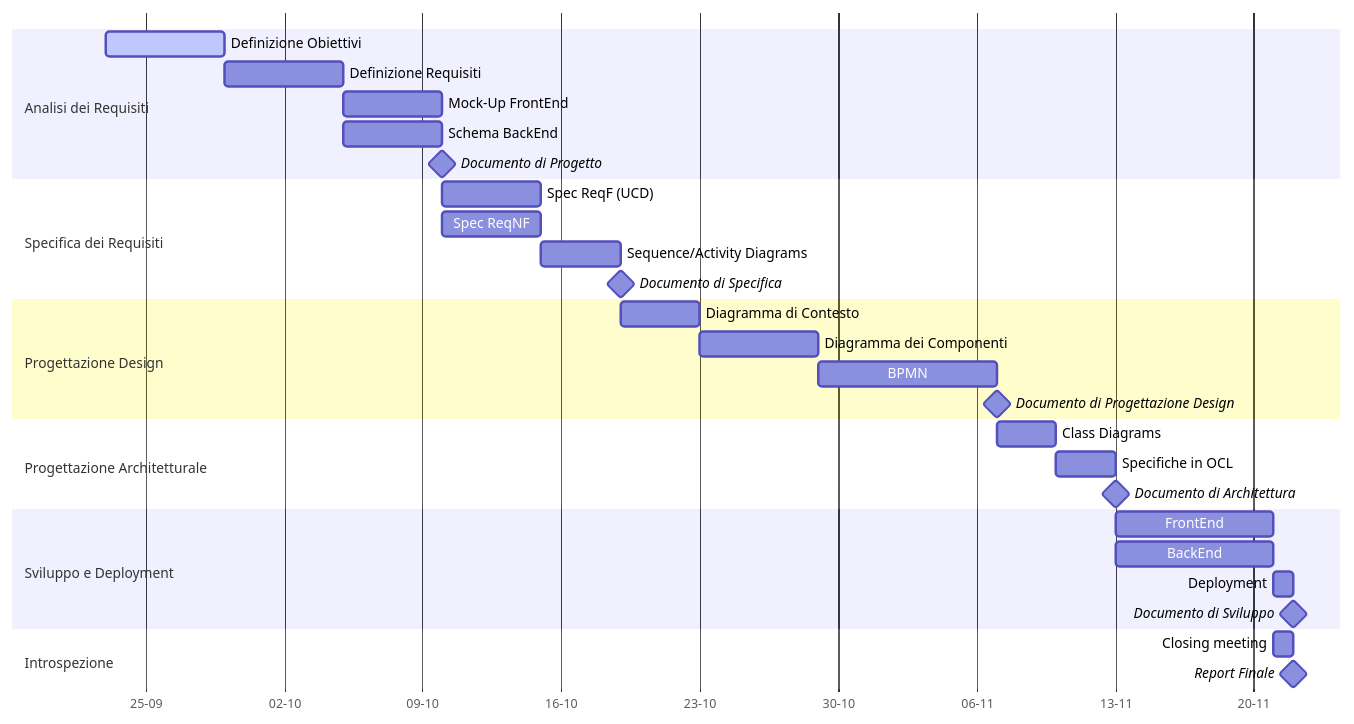
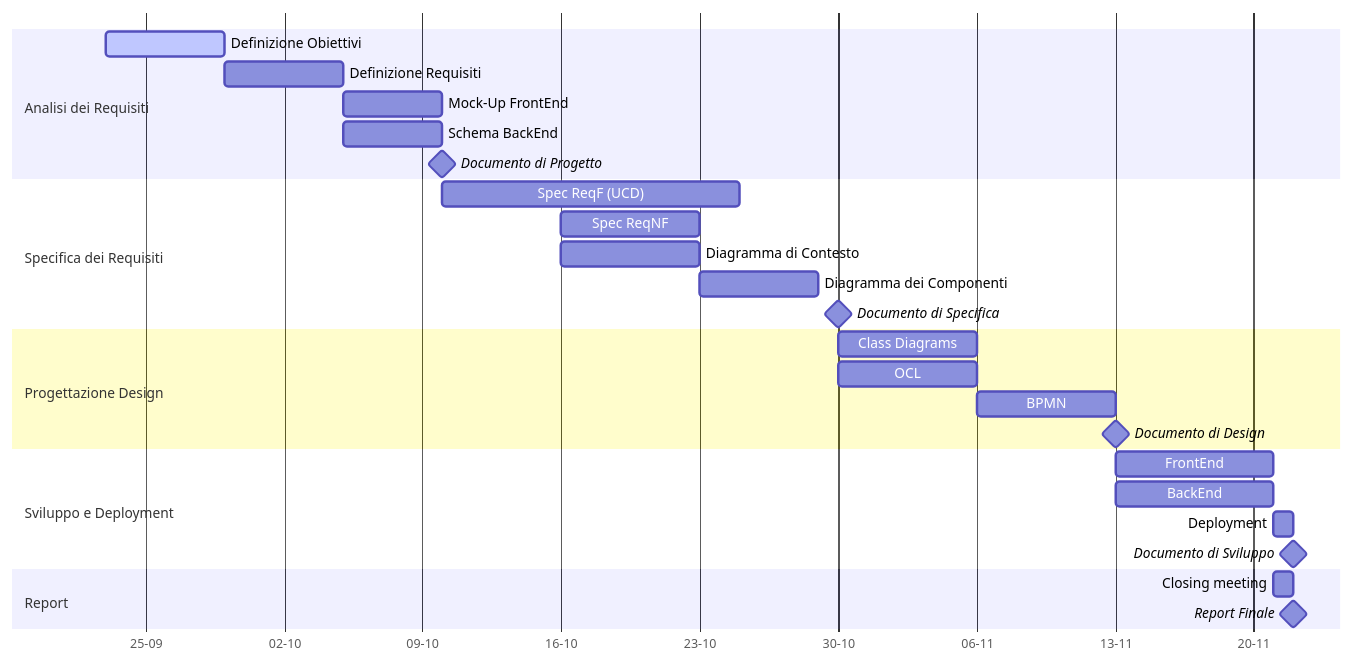
Before and after one commit to amanfucci/ardeeno-workondeliverables: the diagram in pm/2-Project-Plan.md, drawn with Mermaid. The commit also changed other lines of this file and 10 other files, not shown here.

Commit message:
gantt e agenda

````diff
--- a/pm/2-Project-Plan.md
+++ b/pm/2-Project-Plan.md
@@ -5,40 +5,36 @@
 ```mermaid
 gantt
     dateFormat DD-MM
     axisFormat %d-%m
 
     section Analisi dei Requisiti
     Definizione Obiettivi :active, a0, 23-09, 29-09
     Definizione Requisiti :a1, after a0, 05-10
     Mock-Up FrontEnd :a2, after a1, 10-10 
     Schema BackEnd :a3, after a1, 10-10
     Documento di Progetto :milestone, am, 10-10, 0d
     
     section Specifica dei Requisiti
-    Spec ReqF (UCD) :s0, after am, 5d
-    Spec ReqNF :s1, after am, 5d
-    Sequence/Activity Diagrams :s2, after s0, 19-10
-    Documento di Specifica :milestone, sm, 19-10, 0d
+    Spec ReqF (UCD) :s0, after am, 15d
+    Spec ReqNF :s1, 16-10, 7d
+    Diagramma di Contesto :s2, 16-10, 7d
+    Diagramma dei Componenti :s3, after s2, 6d
+    Documento di Specifica :milestone, sm, 30-10, 0d
 
     section Progettazione Design
-    Diagramma di Contesto :pd0, after sm, 4d
-    Diagramma dei Componenti :pd1, after pd0, 6d
-    BPMN :pd2, after pd1, 07-11
-    Documento di Progettazione Design :milestone, pdm, 07-11, 0d
-
-    section Progettazione Architetturale
-    Class Diagrams :pa0, after pdm, 10-11
-    Specifiche in OCL :pa1, after pa0, 13-11
-    Documento di Architettura :milestone, pam, 13-11, 0d
+    Class Diagrams :pa0, after sm, 7d
+    OCL :pa1, after sm, 7d
+    BPMN :pa2, after pa1, 7d
+    Documento di Design :milestone, pam, 13-11, 0d
 
     section Sviluppo e Deployment
     FrontEnd :d0, after pam, 21-11
     BackEnd :d1, after pam, 21-11
     Deployment :d2, after d1, 22-11
     Documento di Sviluppo :milestone, dm, 22-11, 0d
 
-    section Introspezione
+    section Report
     Closing meeting :i0, 21-11, 22-11
     Report Finale :milestone, fm, 22-11, 0d
 
 ```
````
